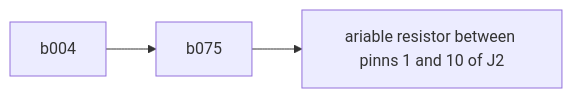
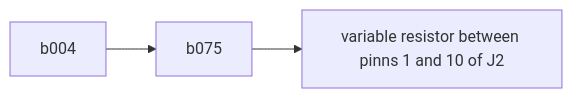
The second of 2 diagrams in TESTS.md (skunkforce/b075_PoE_PD_DCDC_5V_13W_isolated_flyback_MP8007), drawn with Mermaid before and after one commit.

````diff
--- a/TESTS.md
+++ b/TESTS.md
@@ -17,6 +17,6 @@
 ```mermaid
 flowchart LR
   b004 --> b075 
-  b075 --> r[ariable resistor between pinns 1 and 10 of J2]
+  b075 --> r[variable resistor between pinns 1 and 10 of J2]
   
 ```
````
